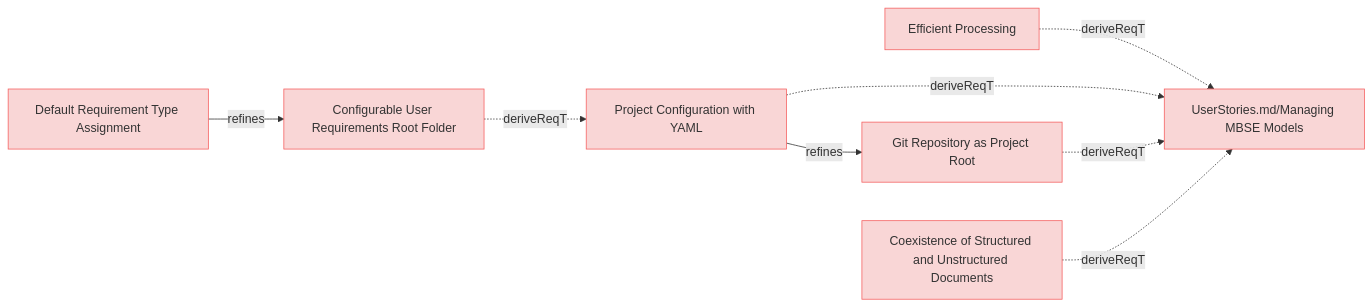
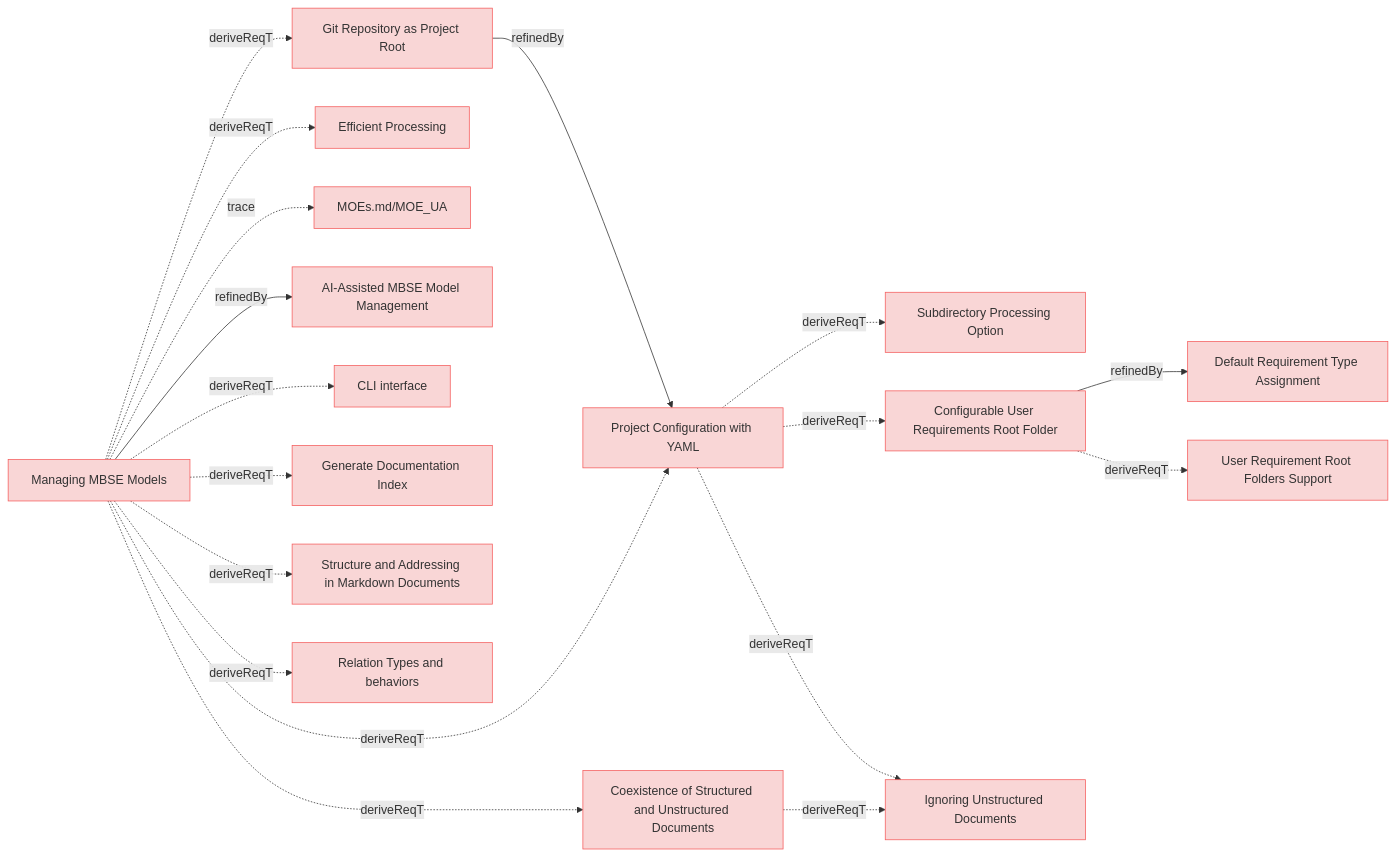
The diagram in specifications/ManagingMbseModelsRequirements.md (reqvire-org/reqvire), drawn with Mermaid before and after one commit. The commit also changed 27 other files, not shown here.

Commit message:
Diagrams update.X

````diff
--- a/specifications/ManagingMbseModelsRequirements.md
+++ b/specifications/ManagingMbseModelsRequirements.md
@@ -4,37 +4,74 @@
 ```mermaid
 graph LR;
   %% Graph styling
   classDef requirement fill:#f9d6d6,stroke:#f55f5f,stroke-width:1px;
   classDef verification fill:#d6f9d6,stroke:#5fd75f,stroke-width:1px;
   classDef externalLink fill:#d0e0ff,stroke:#3080ff,stroke-width:1px;
   classDef default fill:#f5f5f5,stroke:#333333,stroke-width:1px;
 
+  c9cc6878a73bb951["Default Requirement Type Assignment"];
+  class c9cc6878a73bb951 requirement;
+  click c9cc6878a73bb951 "ManagingMbseModelsRequirements.md#default-requirement-type-assignment";
+  649d72765b13e14f["Git Repository as Project Root"];
+  class 649d72765b13e14f requirement;
+  click 649d72765b13e14f "ManagingMbseModelsRequirements.md#git-repository-as-project-root";
+  16b4b380c917deb1["Project Configuration with YAML"];
+  class 16b4b380c917deb1 requirement;
+  click 16b4b380c917deb1 "ManagingMbseModelsRequirements.md#project-configuration-with-yaml";
+  649d72765b13e14f -->|refinedBy| 16b4b380c917deb1;
   d193d11c43776bec["Efficient Processing"];
   class d193d11c43776bec requirement;
   click d193d11c43776bec "ManagingMbseModelsRequirements.md#efficient-processing";
-  e61b7c1baa89bfc6["UserStories.md/Managing MBSE Models"];
-  class e61b7c1baa89bfc6 requirement;
-  click e61b7c1baa89bfc6 "UserStories.md#managing-mbse-models";
-  d193d11c43776bec -.->|deriveReqT| e61b7c1baa89bfc6;
-  16b4b380c917deb1["Project Configuration with YAML"];
-  class 16b4b380c917deb1 requirement;
-  click 16b4b380c917deb1 "ManagingMbseModelsRequirements.md#project-configuration-with-yaml";
-  16b4b380c917deb1 -.->|deriveReqT| e61b7c1baa89bfc6;
-  649d72765b13e14f["Git Repository as Project Root"];
-  class 649d72765b13e14f requirement;
-  click 649d72765b13e14f "ManagingMbseModelsRequirements.md#git-repository-as-project-root";
-  16b4b380c917deb1 -->|refines| 649d72765b13e14f;
-  c9cc6878a73bb951["Default Requirement Type Assignment"];
-  class c9cc6878a73bb951 requirement;
-  click c9cc6878a73bb951 "ManagingMbseModelsRequirements.md#default-requirement-type-assignment";
+  7bdf935ec6d8effe["Subdirectory Processing Option"];
+  class 7bdf935ec6d8effe requirement;
+  click 7bdf935ec6d8effe "SystemRequirements/Requirements.md#subdirectory-processing-option";
+  16b4b380c917deb1 -.->|deriveReqT| 7bdf935ec6d8effe;
   d9354ef2eca0f2d0["Configurable User Requirements Root Folder"];
   class d9354ef2eca0f2d0 requirement;
   click d9354ef2eca0f2d0 "ManagingMbseModelsRequirements.md#configurable-user-requirements-root-folder";
-  c9cc6878a73bb951 -->|refines| d9354ef2eca0f2d0;
-  649d72765b13e14f -.->|deriveReqT| e61b7c1baa89bfc6;
+  16b4b380c917deb1 -.->|deriveReqT| d9354ef2eca0f2d0;
+  be83c2991e9535c7["Ignoring Unstructured Documents"];
+  class be83c2991e9535c7 requirement;
+  click be83c2991e9535c7 "SystemRequirements/Requirements.md#ignoring-unstructured-documents";
+  16b4b380c917deb1 -.->|deriveReqT| be83c2991e9535c7;
+  d9354ef2eca0f2d0 -->|refinedBy| c9cc6878a73bb951;
+  a9d6e2569d5acd60["User Requirement Root Folders Support"];
+  class a9d6e2569d5acd60 requirement;
+  click a9d6e2569d5acd60 "SystemRequirements/Requirements.md#user-requirement-root-folders-support";
+  d9354ef2eca0f2d0 -.->|deriveReqT| a9d6e2569d5acd60;
   f0d721424636370e["Coexistence of Structured and Unstructured Documents"];
   class f0d721424636370e requirement;
   click f0d721424636370e "ManagingMbseModelsRequirements.md#coexistence-of-structured-and-unstructured-documents";
-  f0d721424636370e -.->|deriveReqT| e61b7c1baa89bfc6;
-  d9354ef2eca0f2d0 -.->|deriveReqT| 16b4b380c917deb1;
+  f0d721424636370e -.->|deriveReqT| be83c2991e9535c7;
+  e61b7c1baa89bfc6["Managing MBSE Models"];
+  class e61b7c1baa89bfc6 requirement;
+  click e61b7c1baa89bfc6 "UserStories.md#managing-mbse-models";
+  2c5f30f14e792200["MOEs.md/MOE_UA"];
+  class 2c5f30f14e792200 requirement;
+  click 2c5f30f14e792200 "MOEs.md#moe_ua";
+  e61b7c1baa89bfc6 -.->|trace| 2c5f30f14e792200;
+  cd2d5dab49985ca2["AI-Assisted MBSE Model Management"];
+  class cd2d5dab49985ca2 requirement;
+  click cd2d5dab49985ca2 "UserStories.md#ai-assisted-mbse-model-management";
+  e61b7c1baa89bfc6 -->|refinedBy| cd2d5dab49985ca2;
+  f28849d46c19af44["CLI interface"];
+  class f28849d46c19af44 requirement;
+  click f28849d46c19af44 "UserRequirements.md#cli-interface";
+  e61b7c1baa89bfc6 -.->|deriveReqT| f28849d46c19af44;
+  e61b7c1baa89bfc6 -.->|deriveReqT| 649d72765b13e14f;
+  e61b7c1baa89bfc6 -.->|deriveReqT| d193d11c43776bec;
+  c2b6c74b77726ad9["Generate Documentation Index"];
+  class c2b6c74b77726ad9 requirement;
+  click c2b6c74b77726ad9 "UserRequirements.md#generate-documentation-index";
+  e61b7c1baa89bfc6 -.->|deriveReqT| c2b6c74b77726ad9;
+  e61b7c1baa89bfc6 -.->|deriveReqT| 16b4b380c917deb1;
+  ade67c27bc5d3bbd["Structure and Addressing in Markdown Documents"];
+  class ade67c27bc5d3bbd requirement;
+  click ade67c27bc5d3bbd "SpecificationsRequirements.md#structure-and-addressing-in-markdown-documents";
+  e61b7c1baa89bfc6 -.->|deriveReqT| ade67c27bc5d3bbd;
+  551906d5c51d91d9["Relation Types and behaviors"];
+  class 551906d5c51d91d9 requirement;
+  click 551906d5c51d91d9 "SpecificationsRequirements.md#relation-types-and-behaviors";
+  e61b7c1baa89bfc6 -.->|deriveReqT| 551906d5c51d91d9;
+  e61b7c1baa89bfc6 -.->|deriveReqT| f0d721424636370e;
 ```
````
